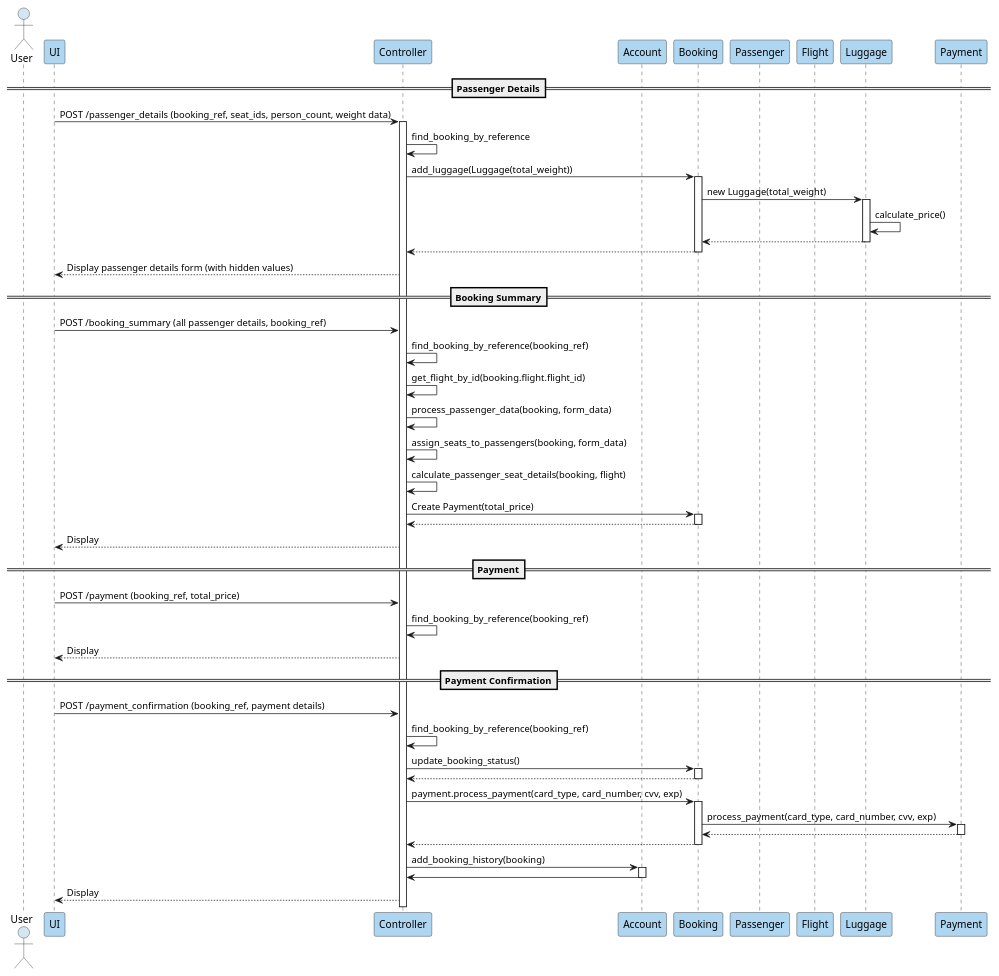
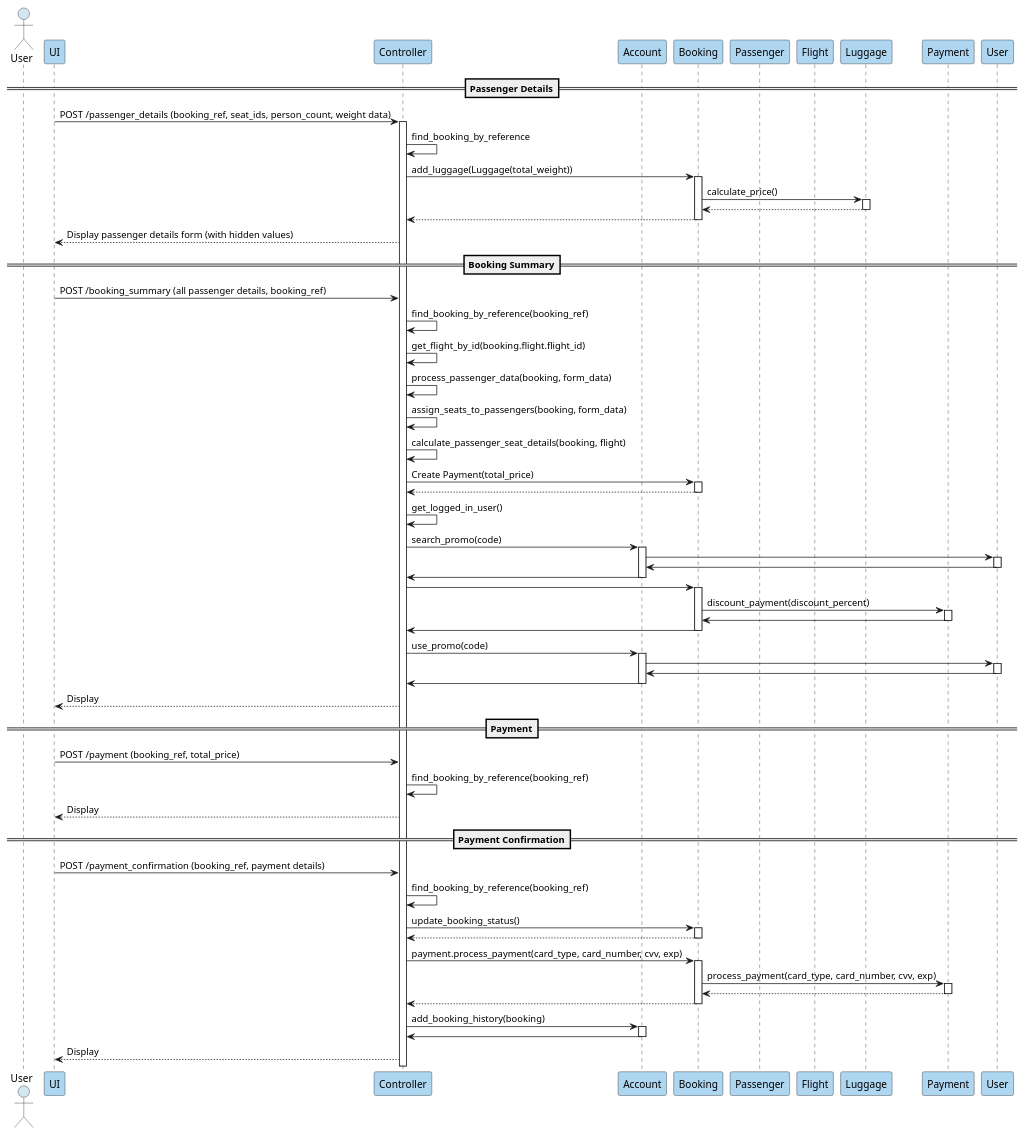
The diagram in OOP/seq copy 2.puml (qkrxldn/all), drawn with PlantUML before and after one commit. The commit also changed 1 other file, not shown here.

```diff
--- a/OOP/seq copy 2.puml
+++ b/OOP/seq copy 2.puml
@@ -1,100 +1,121 @@
 @startuml Sequence Diagram
 
 skinparam SequenceBoxBorderColor #4682B4
 skinparam SequenceBoxBackgroundColor #E6F3FF
 skinparam SequenceGroupBackgroundColor #F5FAFF
 skinparam SequenceGroupBodyBackgroundColor #FAFBFF
 skinparam ParticipantBackgroundColor #AED6F1
 skinparam ActorBackgroundColor #D4E6F1
 
 actor "User" as user
 participant "UI" as UI
 participant "Controller" as Controller
 participant "Account" as Account
 participant "Booking" as booking
 participant "Passenger" as passenger
 participant "Flight" as flight
 participant "Luggage" as luggage
 participant "Payment" as payment
 
 == Passenger Details==
 
 UI -> Controller : POST /passenger_details (booking_ref, seat_ids, person_count, weight data)
 activate Controller
 
 Controller -> Controller : find_booking_by_reference
 
 Controller -> booking : add_luggage(Luggage(total_weight))
 activate booking
-booking -> luggage : new Luggage(total_weight)
+booking -> luggage : calculate_price()
 activate luggage
-luggage -> luggage : calculate_price()
 luggage --> booking :
 deactivate luggage
 booking --> Controller :
 deactivate booking
 
 Controller --> UI : Display passenger details form (with hidden values)
 
 == Booking Summary==
 
 UI -> Controller : POST /booking_summary (all passenger details, booking_ref)
 
 Controller -> Controller : find_booking_by_reference(booking_ref)
 
 Controller -> Controller : get_flight_by_id(booking.flight.flight_id)
 
 Controller -> Controller : process_passenger_data(booking, form_data)
 
 Controller -> Controller : assign_seats_to_passengers(booking, form_data)
 
 Controller -> Controller : calculate_passenger_seat_details(booking, flight)
 
 Controller -> booking : Create Payment(total_price)
 activate booking
 booking --> Controller :
 deactivate booking
 
+Controller -> Controller : get_logged_in_user()
 
+Controller -> Account: search_promo(code)
+activate Account
+Account -> User :
+activate User
+Account <- User :
+deactivate User
+Controller <- Account:
+deactivate Account
 
-
-
-
+Controller -> booking
+activate booking
+booking -> payment : discount_payment(discount_percent)
+activate payment
+booking <- payment :
+deactivate payment
+Controller <- booking :
+deactivate booking
+Controller -> Account: use_promo(code)
+activate Account
+Account -> User :
+activate User
+Account <- User :
+deactivate User
+Controller <- Account:
+deactivate Account
 Controller --> UI : Display
 
 == Payment==
 
 UI -> Controller : POST /payment (booking_ref, total_price)
 
 Controller -> Controller : find_booking_by_reference(booking_ref)
 
 Controller --> UI : Display
 
 == Payment Confirmation==
 
 UI-> Controller : POST /payment_confirmation (booking_ref, payment details)
 
 Controller -> Controller : find_booking_by_reference(booking_ref)
 
 Controller -> booking : update_booking_status()
 activate booking
 booking --> Controller :
 deactivate booking
 
 Controller -> booking : payment.process_payment(card_type, card_number, cvv, exp)
 activate booking
 booking -> payment : process_payment(card_type, card_number, cvv, exp)
 activate payment
 payment --> booking :
 deactivate payment
 booking --> Controller :
 deactivate booking
 
 Controller -> Account : add_booking_history(booking)
 activate Account
 Account -> Controller
 deactivate Account
 
 Controller --> UI : Display
 
 @enduml
```
